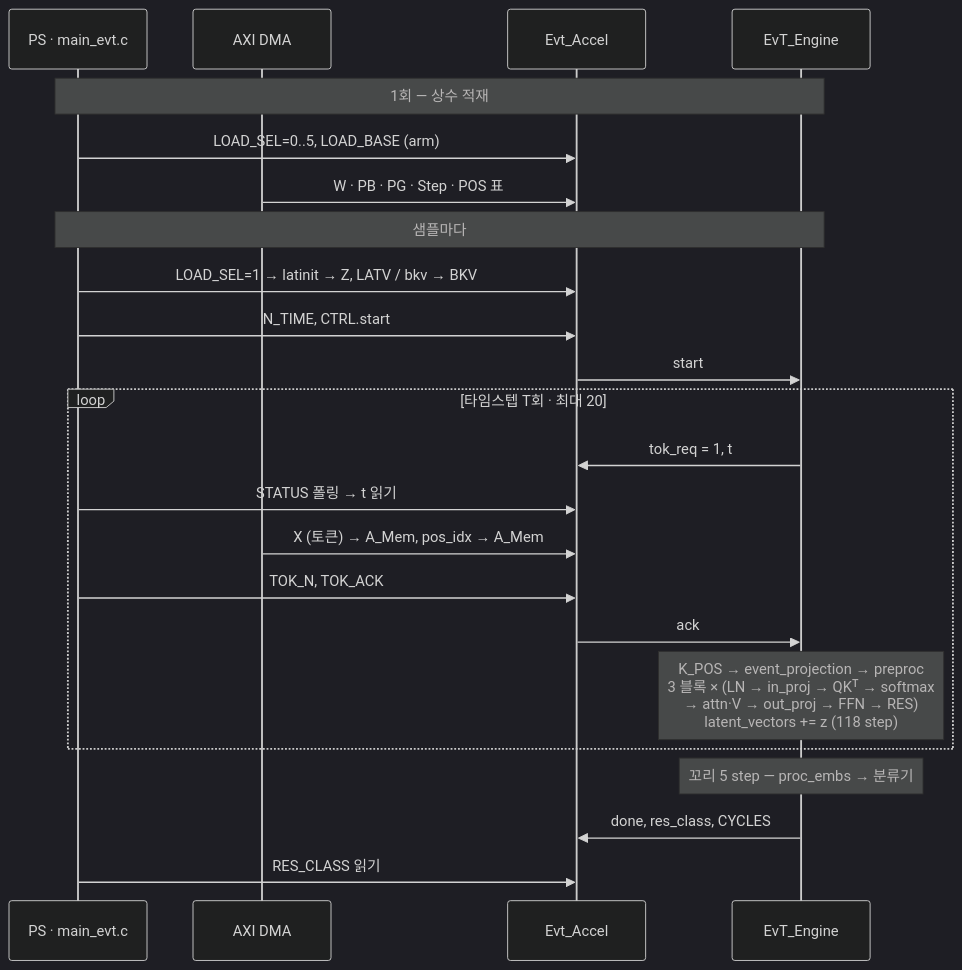
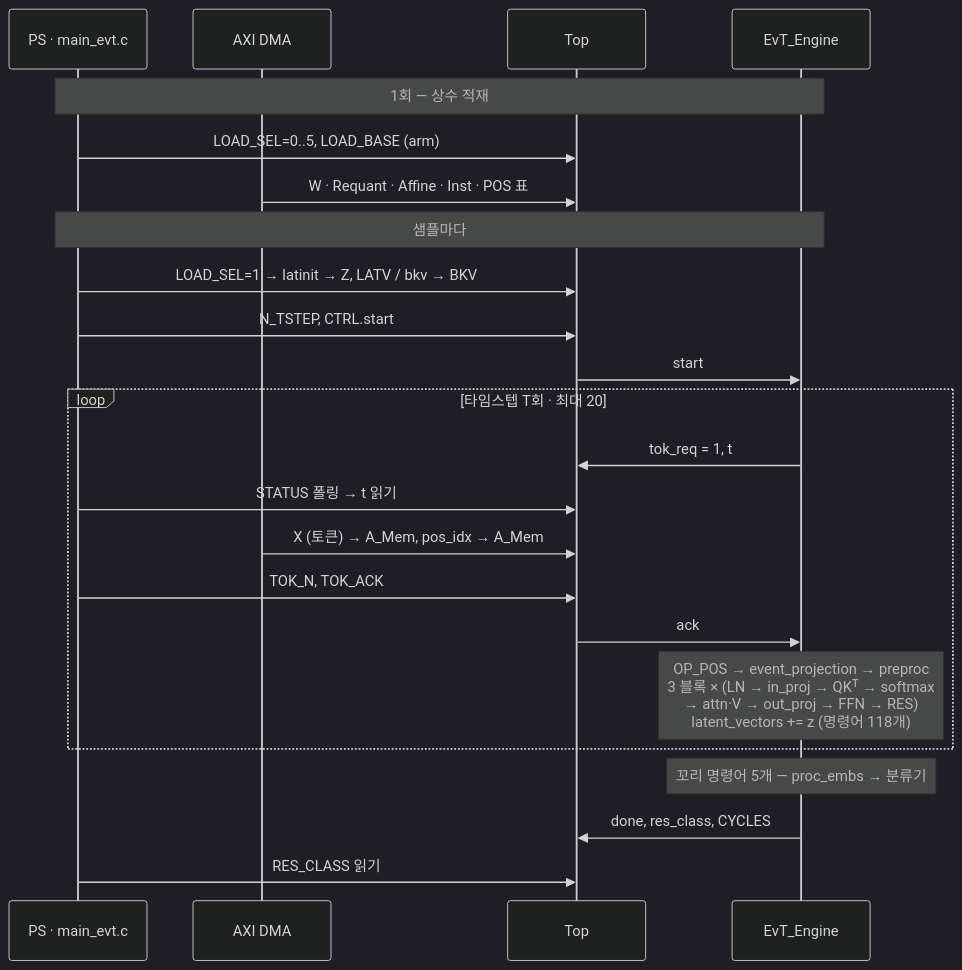
Before and after one commit to JM-DTCKT/EventTransformer: the fourth of 4 diagrams in FPGA_README.md, drawn with Mermaid (dark theme). The commit also changed other lines of this file and 64 other files, not shown here.

````diff
--- a/FPGA_README.md
+++ b/FPGA_README.md
@@ -903,29 +913,29 @@
 ```mermaid
 sequenceDiagram
   participant APU as PS · main_evt.c
   participant DMA as AXI DMA
-  participant ACC as Evt_Accel
+  participant ACC as Top
   participant ENG as EvT_Engine
 
   Note over APU,ENG: 1회 — 상수 적재
   APU->>ACC: LOAD_SEL=0..5, LOAD_BASE (arm)
-  DMA->>ACC: W · PB · PG · Step · POS 표
+  DMA->>ACC: W · Requant · Affine · Inst · POS 표
 
   Note over APU,ENG: 샘플마다
   APU->>ACC: LOAD_SEL=1 → latinit → Z, LATV / bkv → BKV
-  APU->>ACC: N_TIME, CTRL.start
+  APU->>ACC: N_TSTEP, CTRL.start
   ACC->>ENG: start
 
   loop 타임스텝 T회 · 최대 20
     ENG->>ACC: tok_req = 1, t
     APU->>ACC: STATUS 폴링 → t 읽기
     DMA->>ACC: X (토큰) → A_Mem, pos_idx → A_Mem
     APU->>ACC: TOK_N, TOK_ACK
     ACC->>ENG: ack
-    Note over ENG: K_POS → event_projection → preproc<br/>3 블록 × (LN → in_proj → QKᵀ → softmax<br/>→ attn·V → out_proj → FFN → RES)<br/>latent_vectors += z  (118 step)
+    Note over ENG: OP_POS → event_projection → preproc<br/>3 블록 × (LN → in_proj → QKᵀ → softmax<br/>→ attn·V → out_proj → FFN → RES)<br/>latent_vectors += z  (명령어 118개)
   end
 
-  Note over ENG: 꼬리 5 step — proc_embs → 분류기
+  Note over ENG: 꼬리 명령어 5개 — proc_embs → 분류기
   ENG->>ACC: done, res_class, CYCLES
   APU->>ACC: RES_CLASS 읽기
 ```
````
